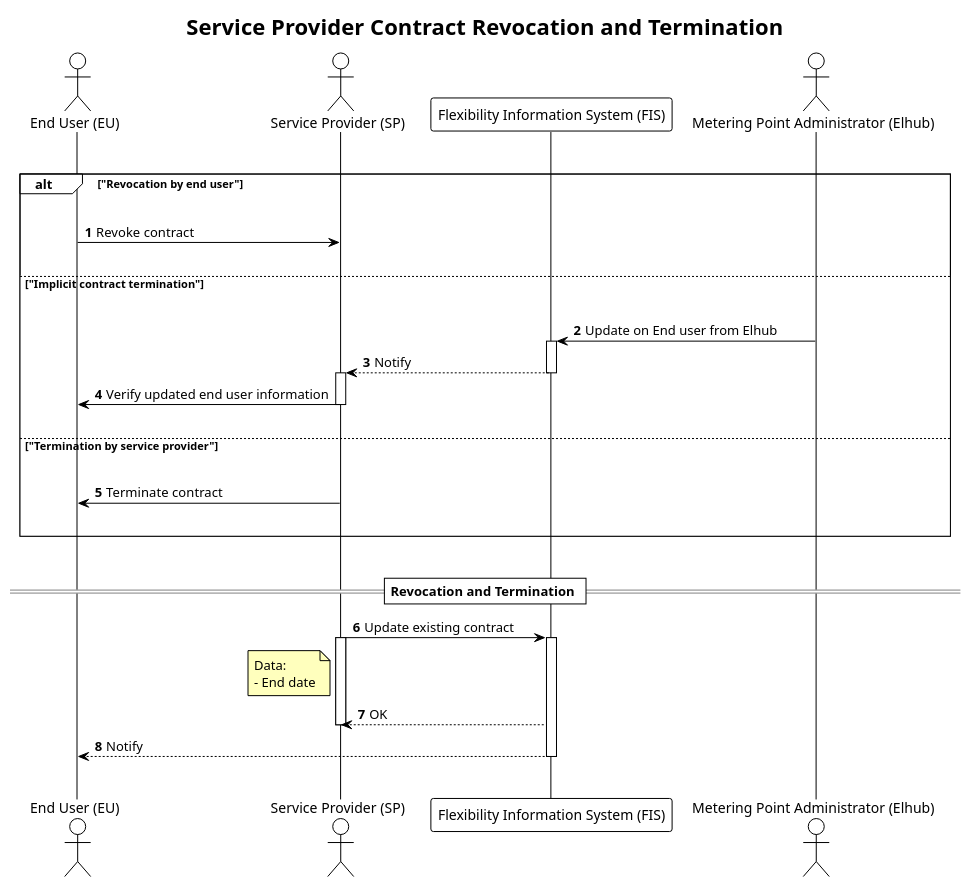
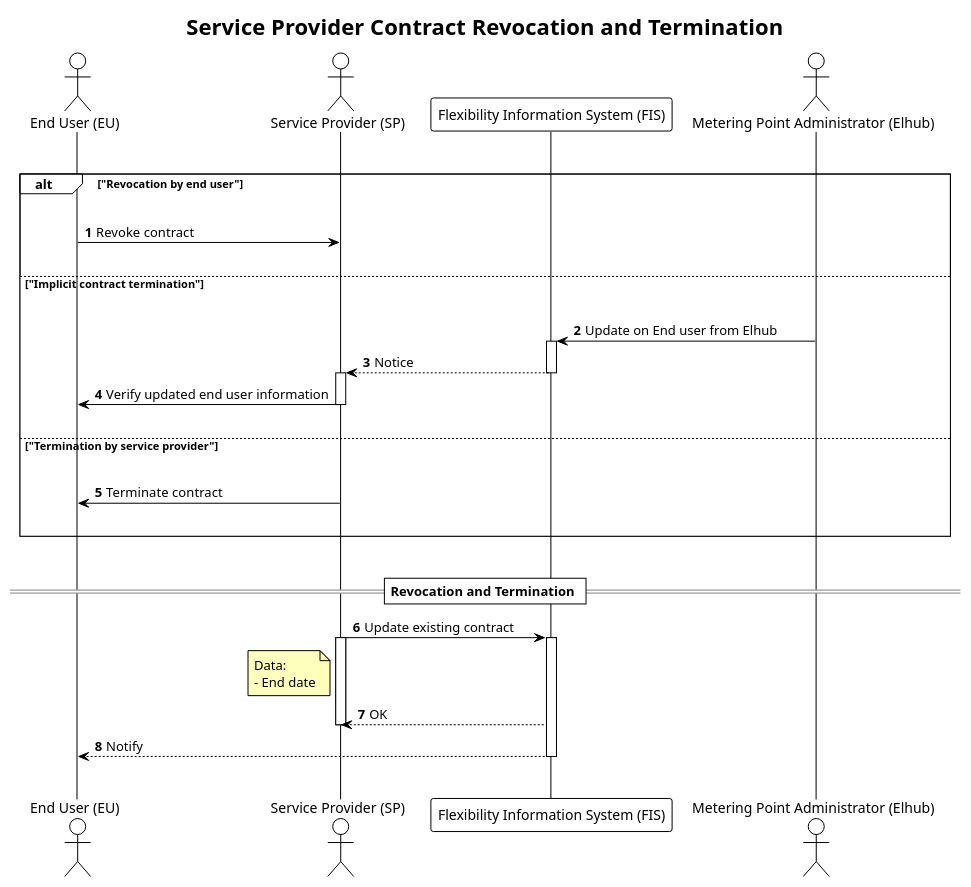
The diagram in docs/diagrams/revocation.plantuml (elhub/flex-information-system), drawn with PlantUML before and after one commit. The commit also changed 1 other file, not shown here.

Commit message:
docs: use notice for SP on CUSP revocation (FLEX-531)

```diff
--- a/docs/diagrams/revocation.plantuml
+++ b/docs/diagrams/revocation.plantuml
@@ -1,54 +1,54 @@
 @startuml revocation
 !theme plain
 
 title Service Provider Contract Revocation and Termination
 
 autonumber
 skinparam note {
     BackgroundColor #FFFFBD
 }
 
 actor "End User (EU)" AS EU
 actor "Service Provider (SP)" as SP
 participant "Flexibility Information System (FIS)" as FIS
 actor "Metering Point Administrator (Elhub)" as Elhub
 
 |||
 
 alt "Revocation by end user"
     |||
     EU -> SP: Revoke contract
     |||
 else "Implicit contract termination"
     |||
     Elhub -> FIS: Update on End user from Elhub
     activate FIS
-    FIS --> SP: Notify
+    FIS --> SP: Notice
     deactivate FIS
     activate SP
     SP -> EU: Verify updated end user information
     deactivate SP
     |||
 else "Termination by service provider"
     |||
     SP -> EU: Terminate contract
     |||
 end
     |||
 
 == Revocation and Termination ==
 
 SP -> FIS: Update existing contract
 activate SP
 note left SP
     Data:
     - End date
 end note
 activate FIS
 FIS --> SP: OK
 deactivate SP
 FIS --> EU: Notify
 deactivate FIS
 
 |||
 @enduml
```
